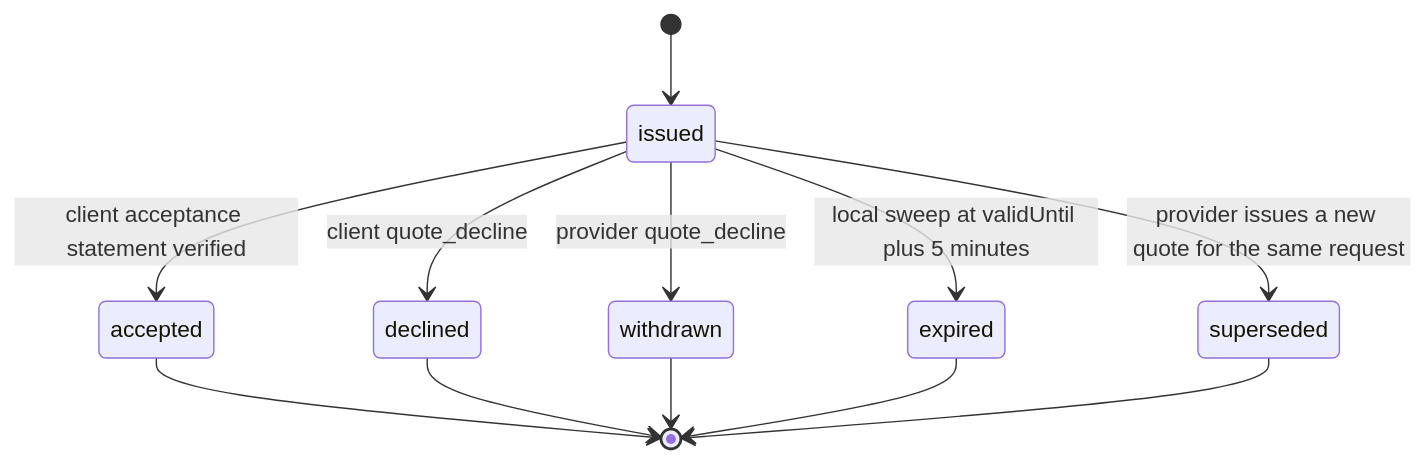
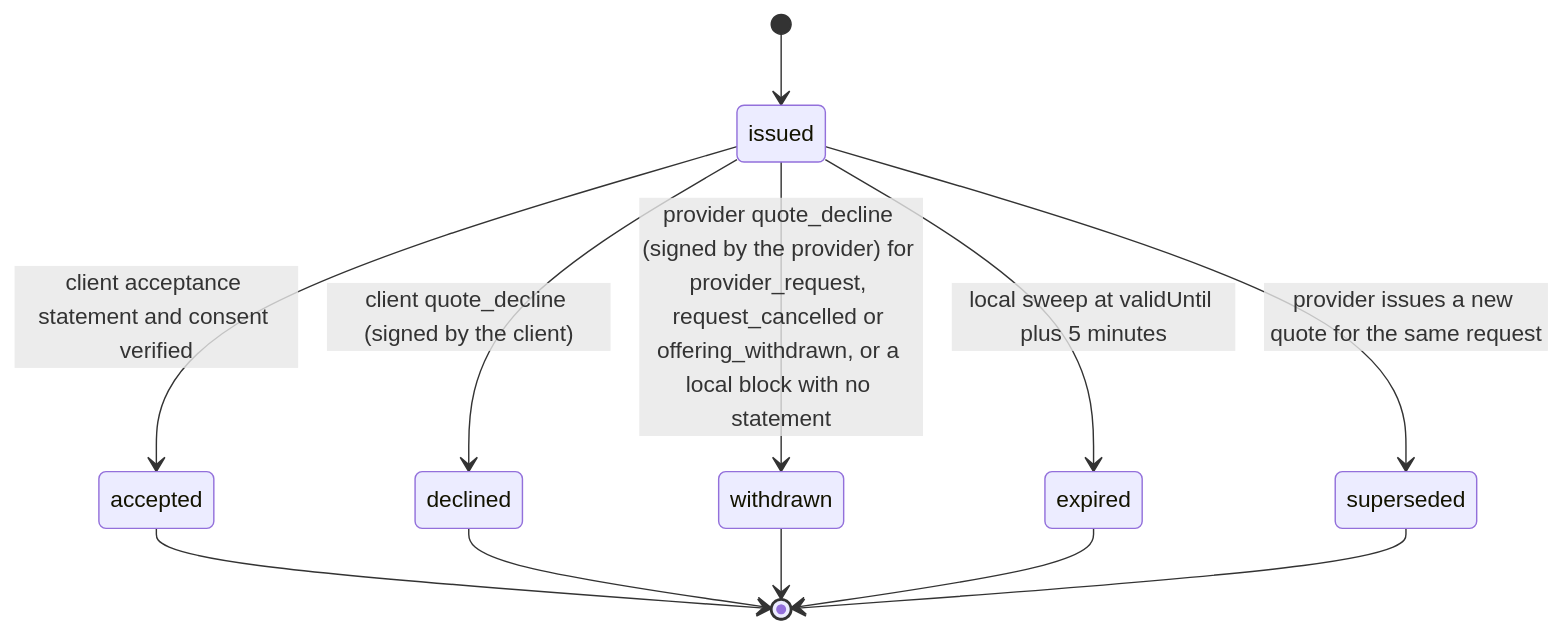
One commit to djshellshoxxx/CLASSifiedisRUPTed changed the second of 3 diagrams in 03_Services/02_service_booking/mod_quotes/workflow_state_machine.md. Above: the diagram before and after it, drawn with Mermaid. The commit also changed other lines of this file and 376 other files, not shown here.

````diff
--- a/03_Services/02_service_booking/mod_quotes/workflow_state_machine.md
+++ b/03_Services/02_service_booking/mod_quotes/workflow_state_machine.md
@@ -54,14 +59,14 @@
 ```mermaid
 stateDiagram-v2
   [*] --> issued
-  issued --> accepted: client acceptance statement verified
-  issued --> declined: client quote_decline
-  issued --> withdrawn: provider quote_decline
+  issued --> accepted: client acceptance statement and consent verified
+  issued --> declined: client quote_decline (signed by the client)
+  issued --> withdrawn: provider quote_decline (signed by the provider) for provider_request, request_cancelled or offering_withdrawn, or a local block with no statement
   issued --> expired: local sweep at validUntil plus 5 minutes
   issued --> superseded: provider issues a new quote for the same request
   accepted --> [*]
   declined --> [*]
   withdrawn --> [*]
   expired --> [*]
   superseded --> [*]
 ```
````
